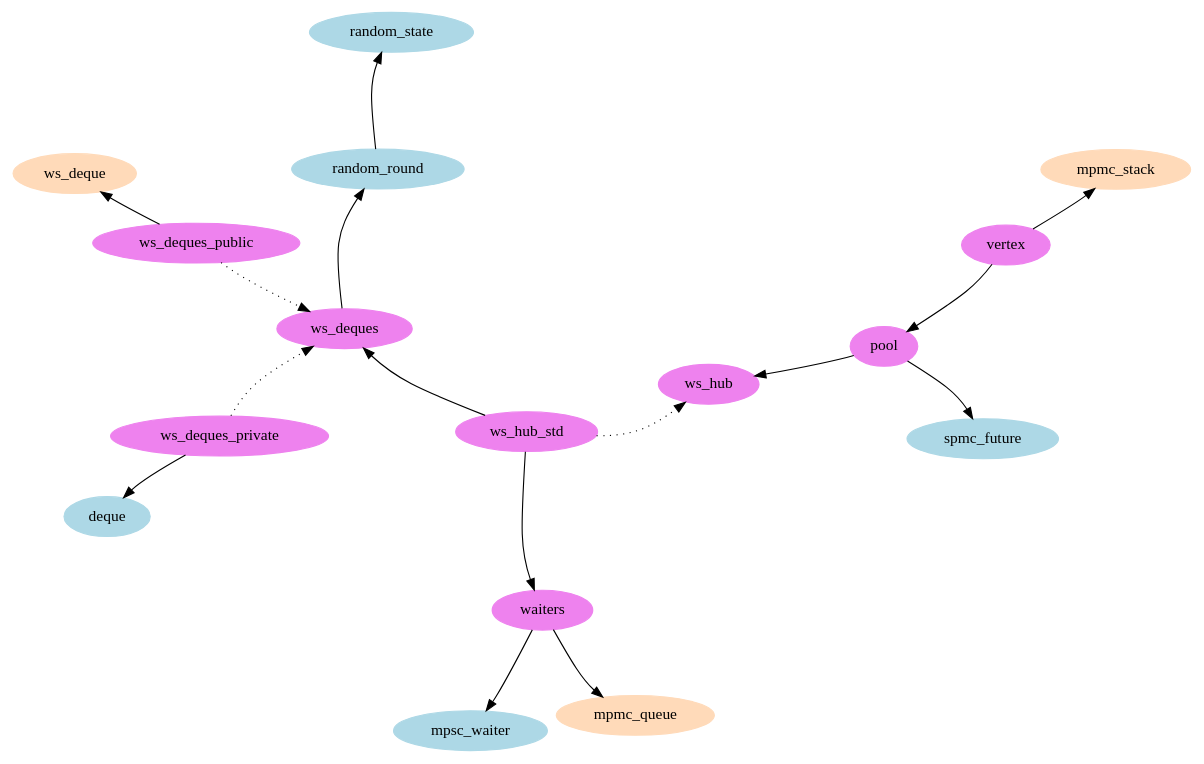
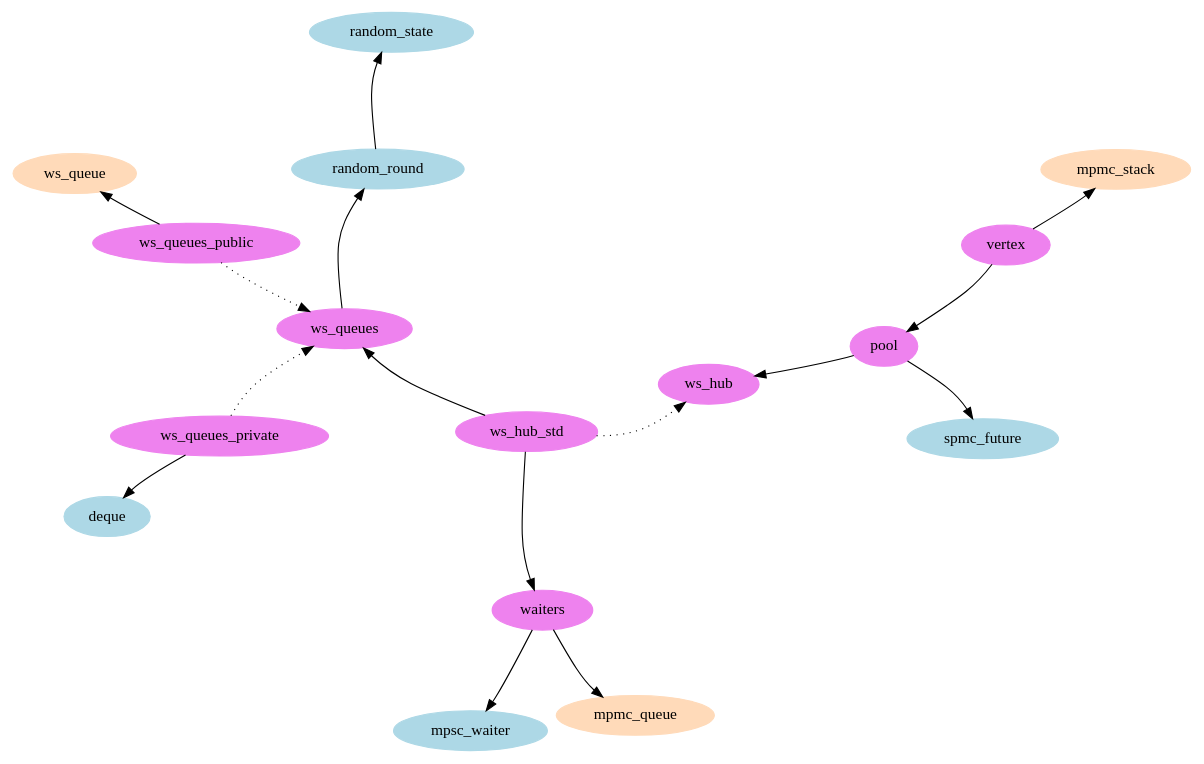
Before and after one commit to clef-men/zoo: the diagram in doc/parabs.dot, drawn with Graphviz. The commit also changed 42 other files, not shown here.

Commit message:
ws_deque → ws_queue.

```diff
--- a/doc/parabs.dot
+++ b/doc/parabs.dot
@@ -1,59 +1,59 @@
 digraph {
 	layout=sfdp
 	overlap=false
 	splines=curved
 
 	subgraph cluster_std {
 		label="std"
 		node [style=filled, color=lightblue]
 		random_state [label="random_state"]
 		random_round [label="random_round"]
 		deque [label="deque"]
 		mpsc_waiter [label="mpsc_waiter"]
 		spmc_future [label="spmc_future"]
 	}
 
 	subgraph cluster_saturn {
 		label="saturn"
 		node [style=filled, color=peachpuff]
 		mpmc_stack [label="mpmc_stack"]
 		mpmc_queue [label="mpmc_queue"]
-		ws_deque [label="ws_deque"]
+		ws_queue [label="ws_queue"]
 	}
 
 	subgraph cluster_parabs {
 		label="parabs"
 		node [style=filled, color=violet]
-		ws_deques [label="ws_deques"]
-		ws_deques_public [label="ws_deques_public"]
-		ws_deques_private [label="ws_deques_private"]
+		ws_queues [label="ws_queues"]
+		ws_queues_public [label="ws_queues_public"]
+		ws_queues_private [label="ws_queues_private"]
 		waiters [label="waiters"]
 		ws_hub [label="ws_hub"]
 		ws_hub_std [label="ws_hub_std"]
 		pool [label="pool"]
 		vertex [label="vertex"]
 	}
 
 	random_round -> random_state
 
-	ws_deques_public -> ws_deque
-	ws_deques_public -> ws_deques [style=dotted]
+	ws_queues_public -> ws_queue
+	ws_queues_public -> ws_queues [style=dotted]
 
-	ws_deques_private -> deque
-	ws_deques_private -> ws_deques [style=dotted]
+	ws_queues_private -> deque
+	ws_queues_private -> ws_queues [style=dotted]
 
-	ws_deques -> random_round
+	ws_queues -> random_round
 
 	waiters -> mpsc_waiter
 	waiters -> mpmc_queue
 
-	ws_hub_std -> ws_deques
+	ws_hub_std -> ws_queues
 	ws_hub_std -> waiters
 	ws_hub_std -> ws_hub [style=dotted]
 
 	pool -> spmc_future
 	pool -> ws_hub
 
 	vertex -> mpmc_stack
 	vertex -> pool
 }
```
